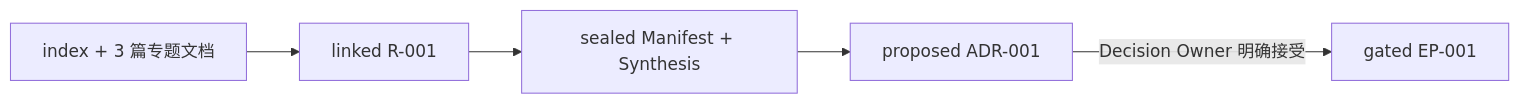
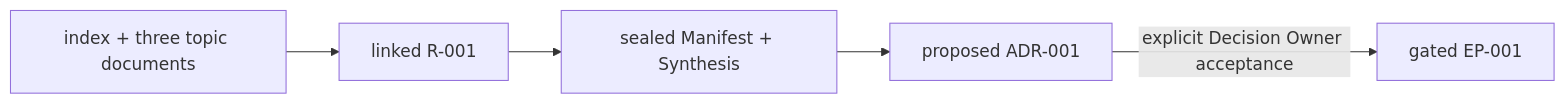
The second of 5 diagrams in README.md (XiaoWeiKIN/RepoFoundryAI), drawn with Mermaid before and after one commit. The commit also changed other lines of this file and 3 other files, not shown here.

````diff
--- a/README.md
+++ b/README.md
@@ -248,7 +281,7 @@
 ```mermaid
 flowchart LR
-    C["index + 3 篇专题文档"] --> R["linked R-001"]
+    C["index + three topic documents"] --> R["linked R-001"]
     R --> S["sealed Manifest + Synthesis"]
     S --> A["proposed ADR-001"]
-    A -->|"Decision Owner 明确接受"| E["gated EP-001"]
+    A -->|"explicit Decision Owner acceptance"| E["gated EP-001"]
 ```
````
